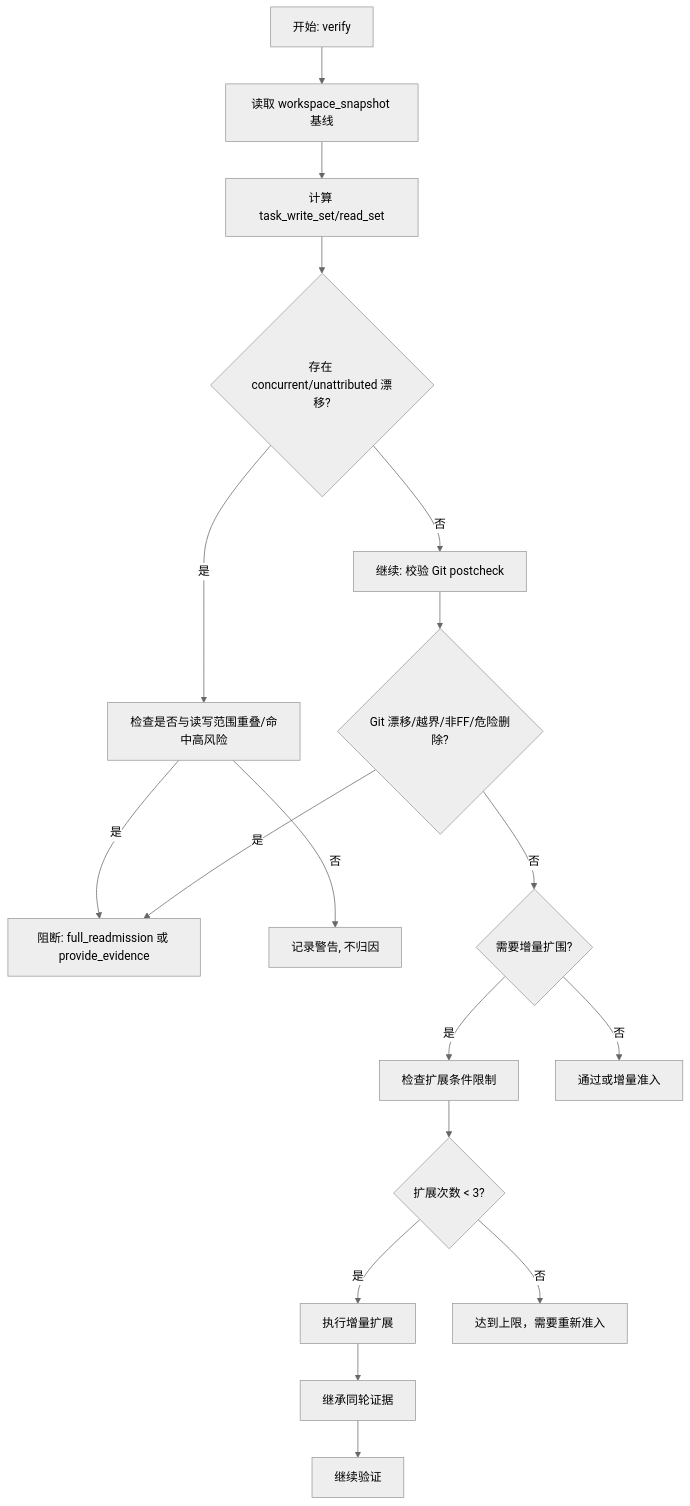
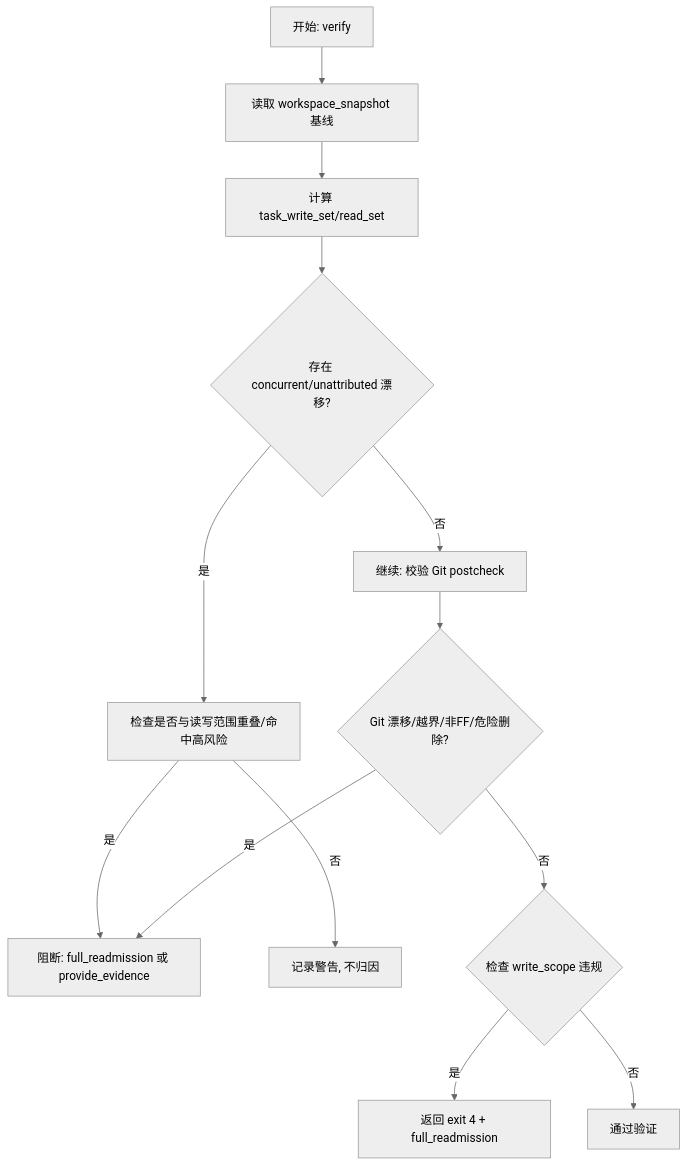
One commit to HackSing/docs-harness changed the fifth of 9 diagrams in .qoder/repowiki/zh/content/任务管理/范围评估与授权.md. Above: the diagram before and after it, drawn with Mermaid (neutral theme). The commit also changed other lines of this file and 27 other files, not shown here.

````diff
--- a/.qoder/repowiki/zh/content/任务管理/范围评估与授权.md
+++ b/.qoder/repowiki/zh/content/任务管理/范围评估与授权.md
@@ -209,20 +209,15 @@
 ```mermaid
 flowchart TD
 A["开始: verify"] --> B["读取 workspace_snapshot 基线"]
 B --> C["计算 task_write_set/read_set"]
 C --> D{"存在 concurrent/unattributed 漂移?"}
 D --> |是| E["检查是否与读写范围重叠/命中高风险"]
 E --> |是| Block["阻断: full_readmission 或 provide_evidence"]
 E --> |否| Warn["记录警告, 不归因"]
 D --> |否| F["继续: 校验 Git postcheck"]
 F --> G{"Git 漂移/越界/非FF/危险删除?"}
 G --> |是| Block
-G --> |否| H{"需要增量扩围?"}
-H --> |是| I["检查扩展条件限制"]
-I --> J{"扩展次数 < 3?"}
-J --> |是| K["执行增量扩展"]
-J --> |否| L["达到上限，需要重新准入"]
-K --> M["继承同轮证据"]
-M --> N["继续验证"]
-H --> |否| O["通过或增量准入"]
+G --> |否| H{"检查 write_scope 违规"}
+H --> |是| I["返回 exit 4 + full_readmission"]
+H --> |否| O["通过验证"]
 ```
````
